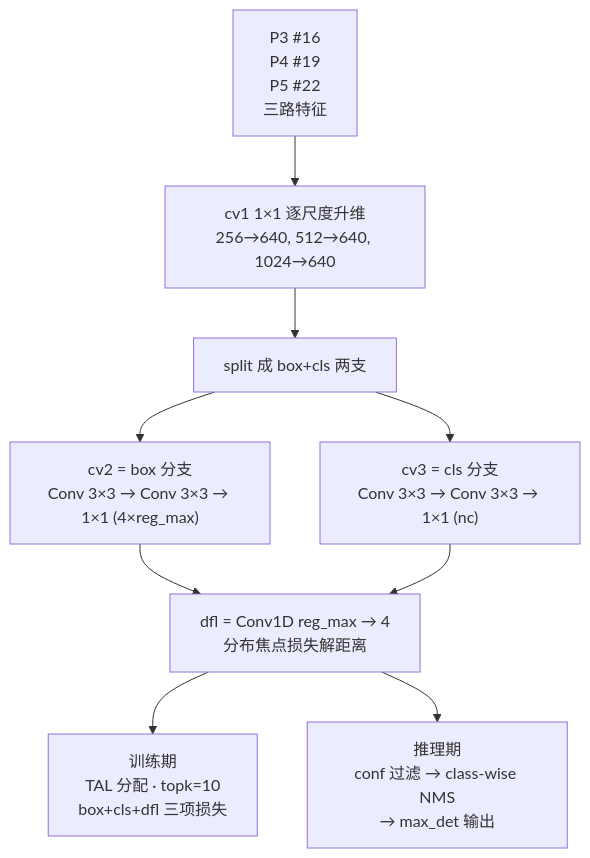
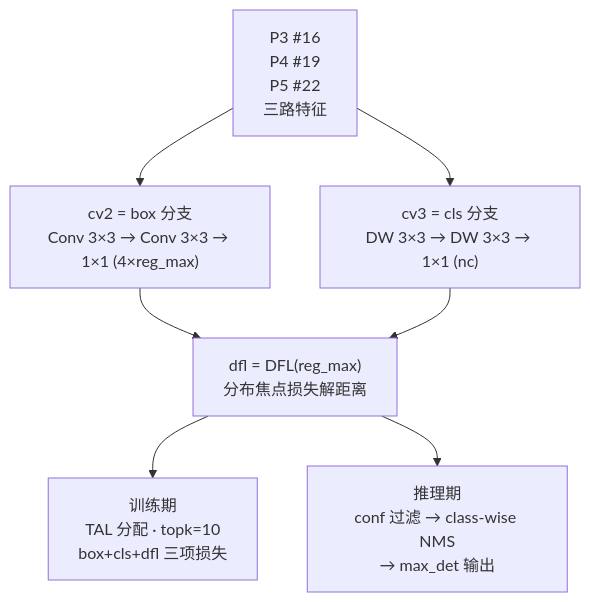
Before and after one commit to yejinlei/agent-yolo: the fourth of 5 diagrams in docs/versions/v11/architecture.md, drawn with Mermaid. The commit also changed other lines of this file and 32 other files, not shown here.

````diff
--- a/docs/versions/v11/architecture.md
+++ b/docs/versions/v11/architecture.md
@@ -137,11 +137,9 @@
 ```mermaid
 flowchart TB
-    IN["P3 #16<br/>P4 #19<br/>P5 #22<br/>三路特征"] --> CV1["cv1 1×1 逐尺度升维<br/>256→640, 512→640, 1024→640"]
-    CV1 --> SPLIT["split 成 box+cls 两支"]
-    SPLIT --> CV2["cv2 = box 分支<br/>Conv 3×3 → Conv 3×3 → 1×1 (4×reg_max)"]
-    SPLIT --> CV3["cv3 = cls 分支<br/>Conv 3×3 → Conv 3×3 → 1×1 (nc)"]
-    CV2 --> DECODE["dfl = Conv1D reg_max → 4<br/>分布焦点损失解距离"]
+    IN["P3 #16<br/>P4 #19<br/>P5 #22<br/>三路特征"] --> CV2["cv2 = box 分支<br/>Conv 3×3 → Conv 3×3 → 1×1 (4×reg_max)"]
+    IN --> CV3["cv3 = cls 分支<br/>DW 3×3 → DW 3×3 → 1×1 (nc)"]
+    CV2 --> DECODE["dfl = DFL(reg_max)<br/>分布焦点损失解距离"]
     CV3 --> DECODE
     DECODE --> TRAIN["训练期<br/>TAL 分配 · topk=10<br/>box+cls+dfl 三项损失"]
     DECODE --> INF["推理期<br/>conf 过滤 → class-wise NMS<br/>→ max_det 输出"]
 ```
````
